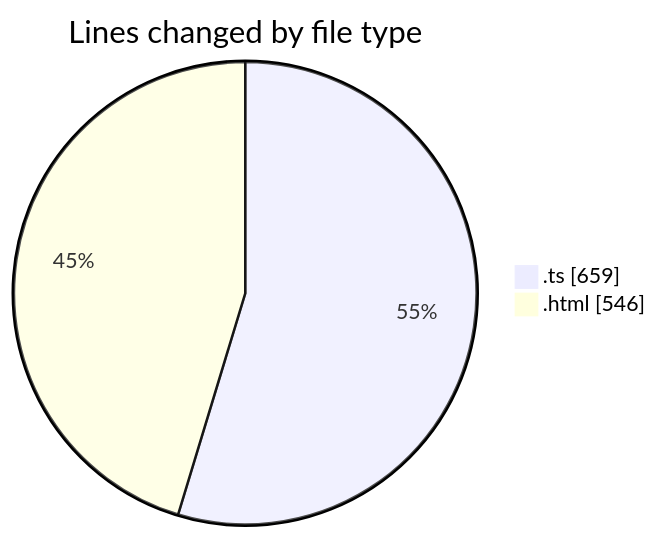
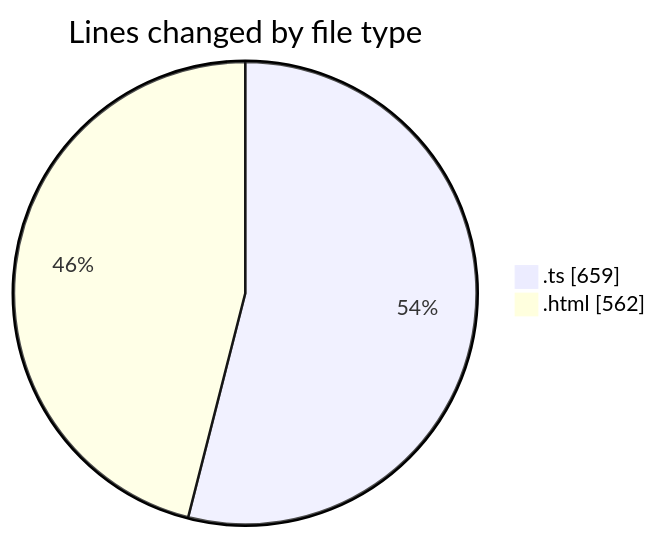
The first of 2 diagrams in 2025-12-29/budget_front_nest/README.md (igalym/code-tracking), drawn with Mermaid before and after one commit. The commit also changed other lines of this file and 1 other file, not shown here.

````diff
--- a/2025-12-29/budget_front_nest/README.md
+++ b/2025-12-29/budget_front_nest/README.md
@@ -23,6 +23,6 @@
 ```mermaid
 pie showData
 title Lines changed by file type
 ".ts" : 659
-".html" : 546
+".html" : 562
 ```
````
